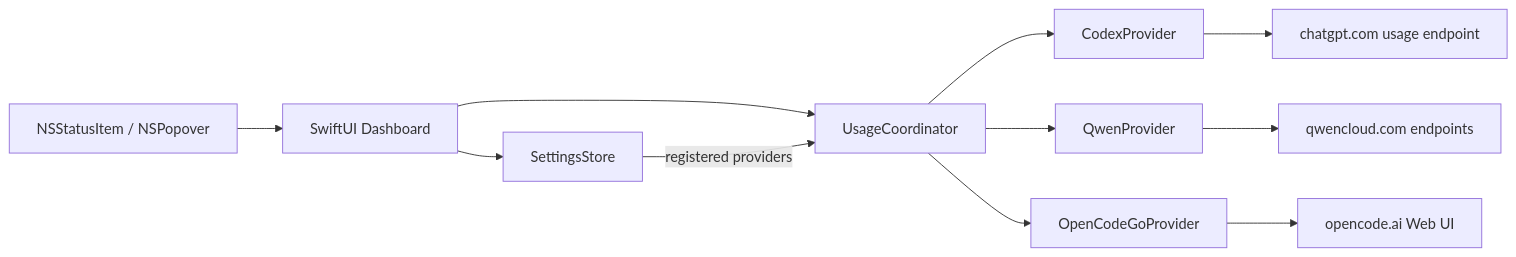
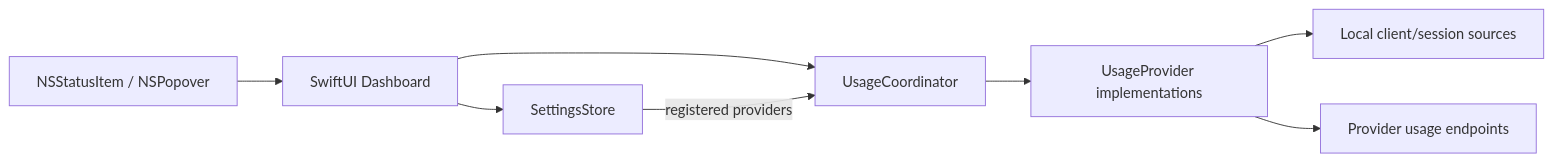
Before and after one commit to PeachGumi/AIUsage: the diagram in README.md, drawn with Mermaid. The commit also changed other lines of this file, not shown here.

Commit message:
Document provider background refresh behavior

````diff
--- a/README.md
+++ b/README.md
@@ -234,13 +256,10 @@
 ```mermaid
 flowchart LR
     Status[NSStatusItem / NSPopover] --> Dashboard[SwiftUI Dashboard]
     Dashboard --> Settings[SettingsStore]
     Dashboard --> Coordinator[UsageCoordinator]
     Settings -->|registered providers| Coordinator
-    Coordinator --> Codex[CodexProvider]
-    Coordinator --> Qwen[QwenProvider]
-    Coordinator --> OpenCode[OpenCodeGoProvider]
-    Codex --> ChatGPT[chatgpt.com usage endpoint]
-    Qwen --> QwenCloud[qwencloud.com endpoints]
-    OpenCode --> OpenCodeWeb[opencode.ai Web UI]
+    Coordinator --> Providers[UsageProvider implementations]
+    Providers --> Local[Local client/session sources]
+    Providers --> Remote[Provider usage endpoints]
 ```
````
